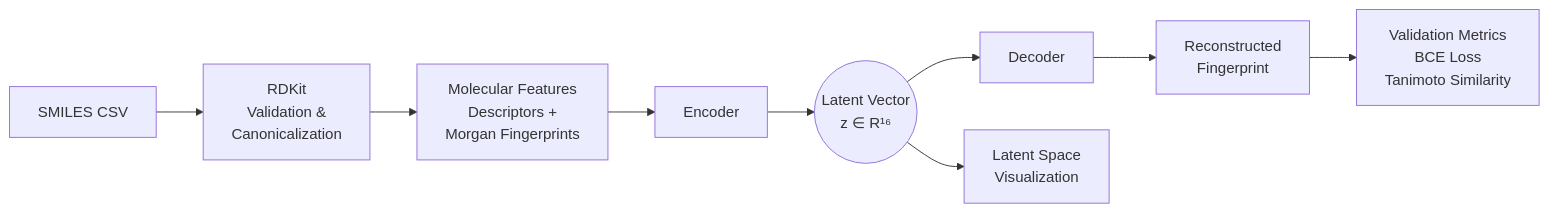
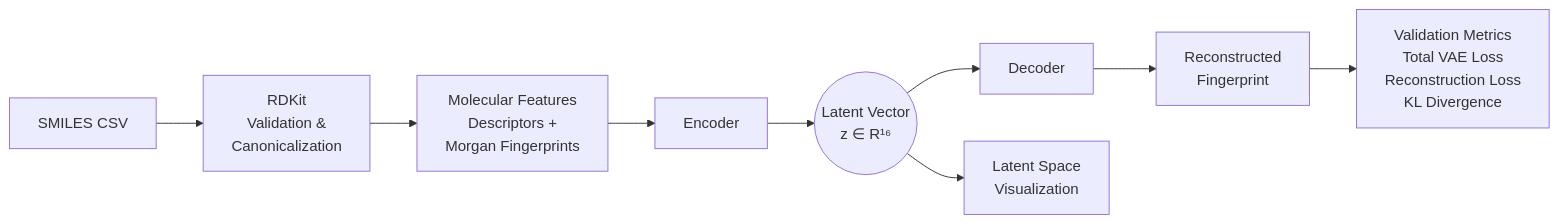
Before and after one commit to rizonehyseni/Latent-Space-Explorer: the first of 2 diagrams in docs/METHODOLOGY.md, drawn with Mermaid. The commit also changed other lines of this file, not shown here.

````diff
--- a/docs/METHODOLOGY.md
+++ b/docs/METHODOLOGY.md
@@ -9,11 +9,11 @@
 ```mermaid
 flowchart LR
     A[SMILES CSV] --> B[RDKit<br/>Validation &<br/>Canonicalization]
     B --> C[Molecular Features<br/>Descriptors +<br/>Morgan Fingerprints]
     C --> D[Encoder]
     D --> E((Latent Vector<br/>z ∈ R¹⁶))
     E --> F[Decoder]
     F --> G[Reconstructed<br/>Fingerprint]
-    G --> H[Validation Metrics<br/>BCE Loss<br/>Tanimoto Similarity]
+    G --> H[Validation Metrics<br/>Total VAE Loss<br/>Reconstruction Loss<br/>KL Divergence]
     E --> I[Latent Space<br/>Visualization]
 ```
````
